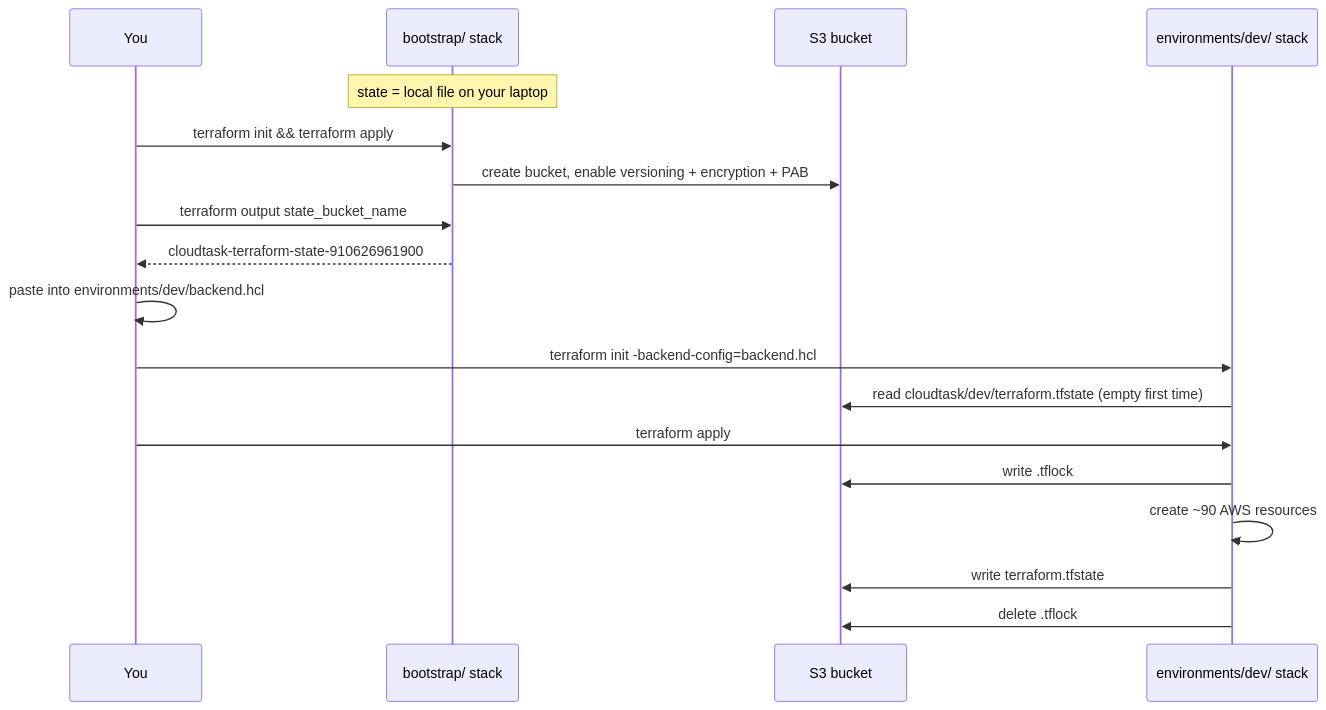
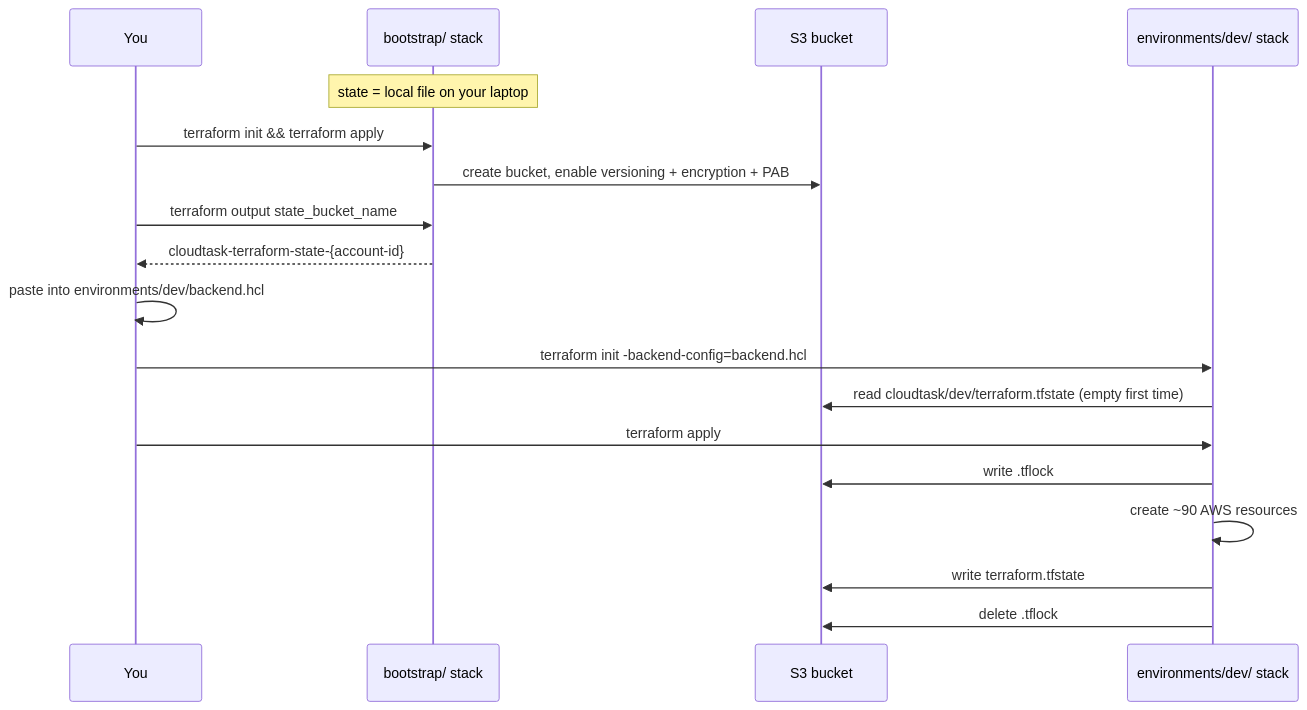
One commit to jubaerhosain/cloudtask changed the diagram in infrastructure/terraform/docs/04-state-and-backend.md. Above: the diagram before and after it, drawn with Mermaid. The commit also changed other lines of this file and 13 other files, not shown here.

Commit message:
feat(terraform): refactor account-specific configuration management and update documentation

````diff
--- a/infrastructure/terraform/docs/04-state-and-backend.md
+++ b/infrastructure/terraform/docs/04-state-and-backend.md
@@ -136,22 +136,22 @@
 ```mermaid
 sequenceDiagram
   participant You
   participant BS as bootstrap/ stack
   participant S3 as S3 bucket
   participant DEV as environments/dev/ stack
 
   Note over BS: state = local file on your laptop
   You->>BS: terraform init && terraform apply
   BS->>S3: create bucket, enable versioning + encryption + PAB
   You->>BS: terraform output state_bucket_name
-  BS-->>You: cloudtask-terraform-state-910626961900
+  BS-->>You: cloudtask-terraform-state-{account-id}
   You->>You: paste into environments/dev/backend.hcl
 
   You->>DEV: terraform init -backend-config=backend.hcl
   DEV->>S3: read cloudtask/dev/terraform.tfstate (empty first time)
   You->>DEV: terraform apply
   DEV->>S3: write .tflock
   DEV->>DEV: create ~90 AWS resources
   DEV->>S3: write terraform.tfstate
   DEV->>S3: delete .tflock
 ```
````
